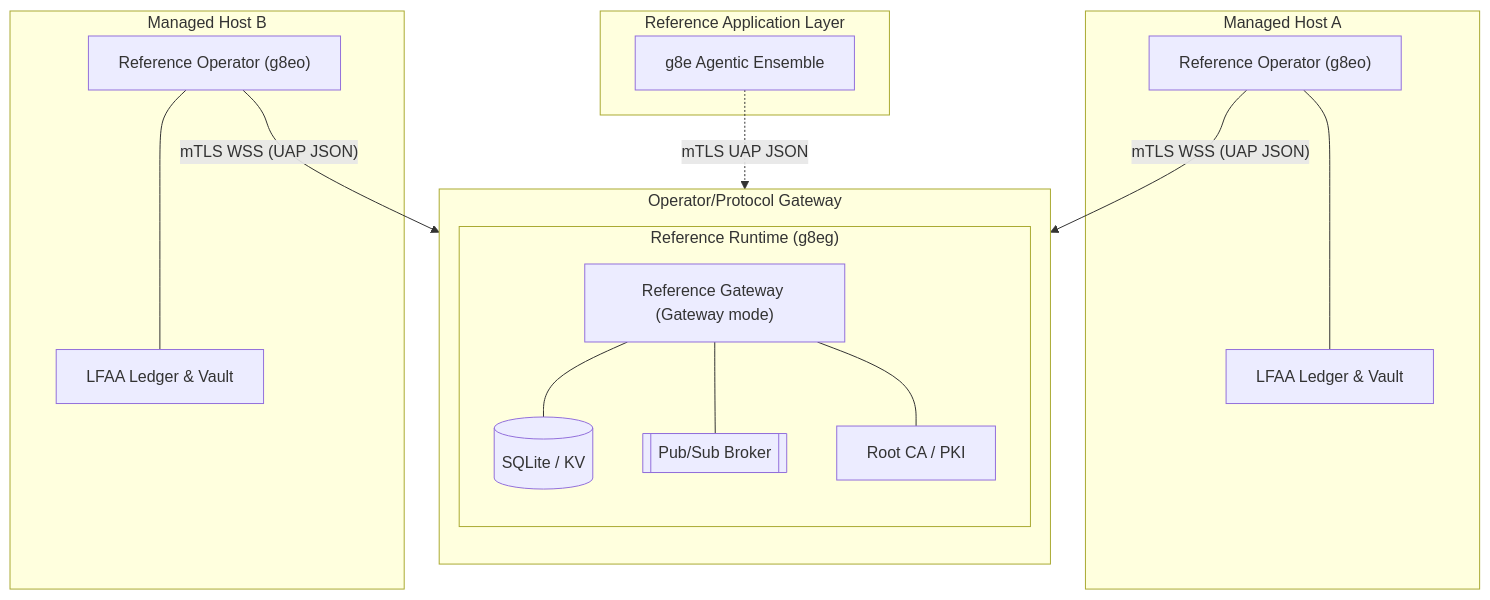
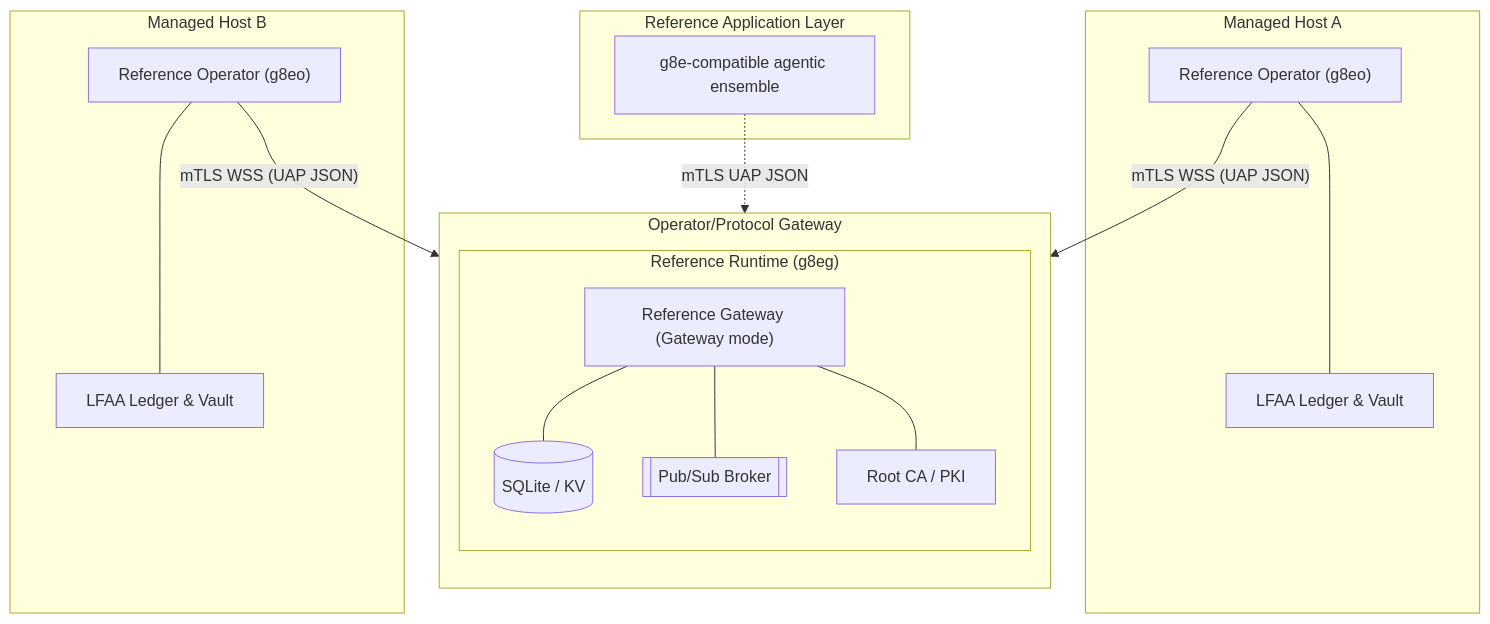
Before and after one commit to g8e-ai/g8e: the first of 2 diagrams in docs/concepts/g8eg.md, drawn with Mermaid. The commit also changed other lines of this file and 599 other files, not shown here.

````diff
--- a/docs/concepts/g8eg.md
+++ b/docs/concepts/g8eg.md
@@ -33,33 +33,33 @@
 ```mermaid
 flowchart TD
     subgraph Hub ["Operator/Protocol Gateway"]
         direction TB
         subgraph Persistence ["Reference Runtime (g8eg)"]
             listen["Reference Gateway (Gateway mode)"]
             db[("SQLite / KV")]
             ps[["Pub/Sub Broker"]]
             ca["Root CA / PKI"]
             
             listen --- db
             listen --- ps
             listen --- ca
         end
     end
 
     subgraph Apps ["Reference Application Layer"]
-        g8ee["g8e Agentic Ensemble"]
+        ensemble["g8e-compatible agentic ensemble"]
     end
 
-    g8ee -. "mTLS UAP JSON" .-> listen
+    ensemble -. "mTLS UAP JSON" .-> listen
 
     subgraph EP_A ["Managed Host A"]
         g8eoA["Reference Operator (g8eo)"] --- LFAA_A["LFAA Ledger & Vault"]
     end
 
     subgraph EP_B ["Managed Host B"]
         g8eoB["Reference Operator (g8eo)"] --- LFAA_B["LFAA Ledger & Vault"]
     end
 
     g8eoA -- "mTLS WSS (UAP JSON)" --> listen
     g8eoB -- "mTLS WSS (UAP JSON)" --> listen
 ```
````
